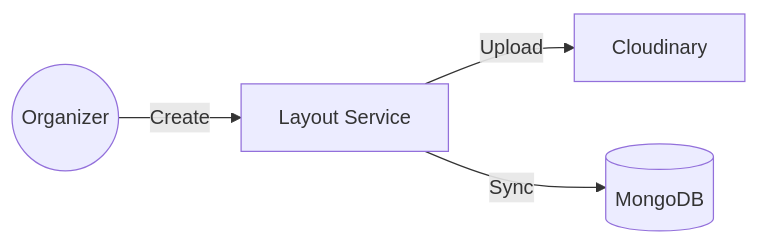
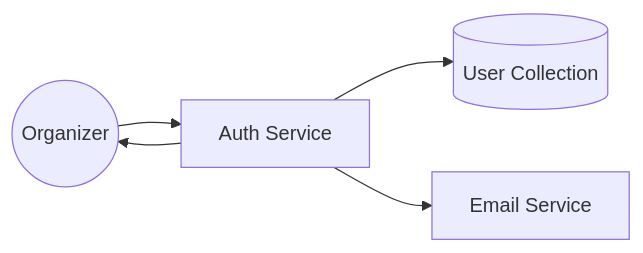
One commit to SDN-Group5/Event-Ticketing-Platform changed diagram 12 of 42 in doc/UML/Nam_BookingOrg.md. Above: the diagram before and after it, drawn with Mermaid. The commit also changed other lines of this file and 2 other files, not shown here.

````diff
--- a/doc/UML/Nam_BookingOrg.md
+++ b/doc/UML/Nam_BookingOrg.md
@@ -94,6 +314,7 @@
 ```mermaid
 graph LR
-    O((Organizer)) -- Create --> L[Layout Service]
-    L -- Upload --> C[Cloudinary]
-    L -- Sync --> DB[(MongoDB)]
+    O((Organizer)) --> AS[Auth Service]
+    AS --> DB[(User Collection)]
+    AS --> ES[Email Service]
+    AS --> O
 ```
````
